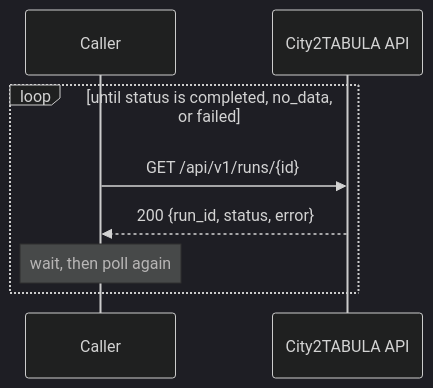
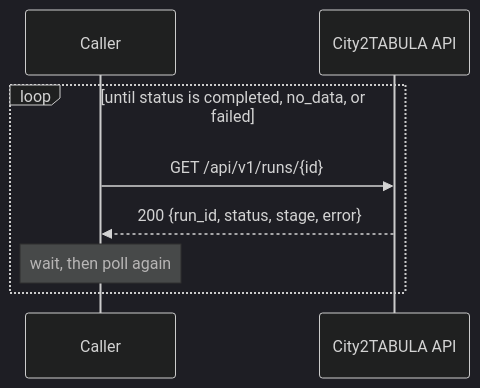
One commit to THD-Spatial-AI/city2tabula changed the third of 5 diagrams in docs/api.md. Above: the diagram before and after it, drawn with Mermaid (dark theme). The commit also changed other lines of this file and 8 other files, not shown here.

First line of the commit message:
feat: report the pipeline stage in the run status (#196)

````diff
--- a/docs/api.md
+++ b/docs/api.md
@@ -97,11 +122,11 @@
 ```mermaid
 sequenceDiagram
     participant C as Caller
     participant S as City2TABULA API
 
     loop until status is completed, no_data, or failed
         C->>S: GET /api/v1/runs/{id}
-        S-->>C: 200 {run_id, status, error}
+        S-->>C: 200 {run_id, status, stage, error}
         Note over C: wait, then poll again
     end
 ```
````
